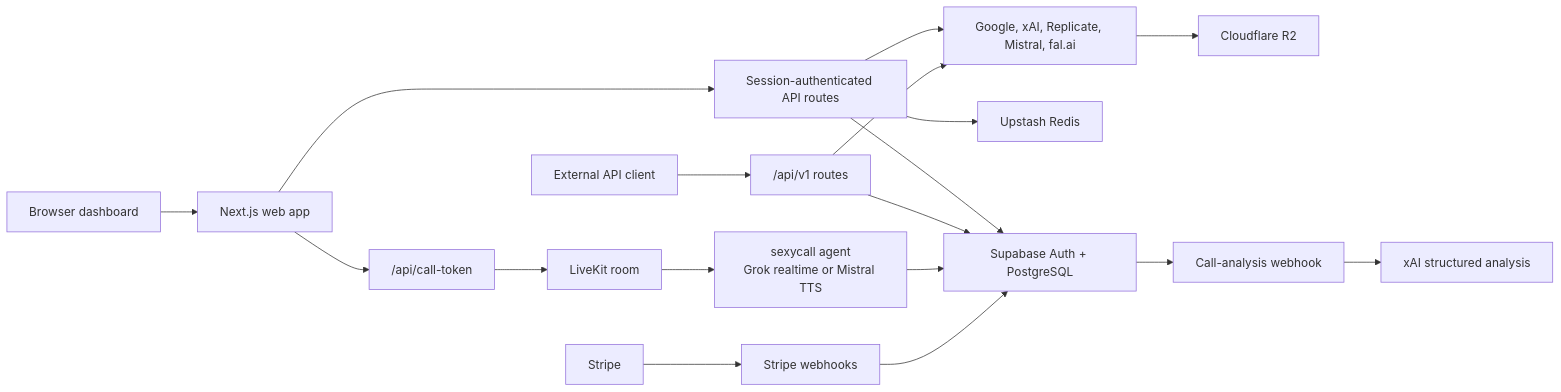
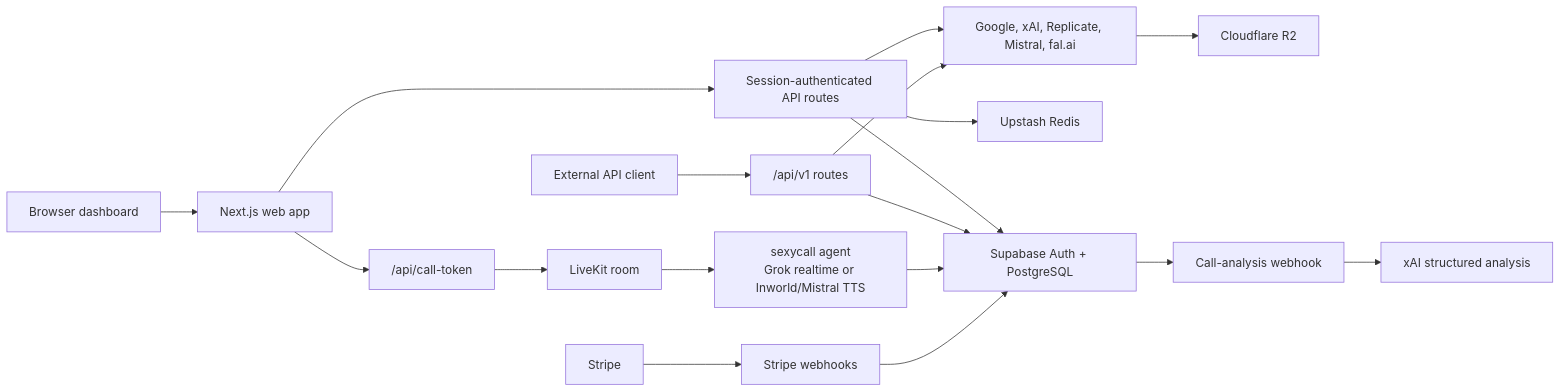
One commit to gianpaj/sexyvoice changed the first of 5 diagrams in ARCHITECTURE.md. Above: the diagram before and after it, drawn with Mermaid. The commit also changed other lines of this file and 34 other files, not shown here.

````diff
--- a/ARCHITECTURE.md
+++ b/ARCHITECTURE.md
@@ -13,20 +13,20 @@
 ```mermaid
 flowchart LR
     Browser["Browser dashboard"] --> Web["Next.js web app"]
     Client["External API client"] --> V1["/api/v1 routes"]
     Web --> SessionRoutes["Session-authenticated API routes"]
     Web --> Token["/api/call-token"]
     SessionRoutes --> Providers["Google, xAI, Replicate, Mistral, fal.ai"]
     V1 --> Providers
     SessionRoutes --> Redis["Upstash Redis"]
     Providers --> R2["Cloudflare R2"]
     SessionRoutes --> Supabase["Supabase Auth + PostgreSQL"]
     V1 --> Supabase
     Token --> LiveKit["LiveKit room"]
-    LiveKit --> Agent["sexycall agent<br/>Grok realtime or Mistral TTS"]
+    LiveKit --> Agent["sexycall agent<br/>Grok realtime or Inworld/Mistral TTS"]
     Agent --> Supabase
     Supabase --> Analysis["Call-analysis webhook"]
     Analysis --> XAI["xAI structured analysis"]
     Stripe["Stripe"] --> Webhooks["Stripe webhooks"]
     Webhooks --> Supabase
 ```
````
